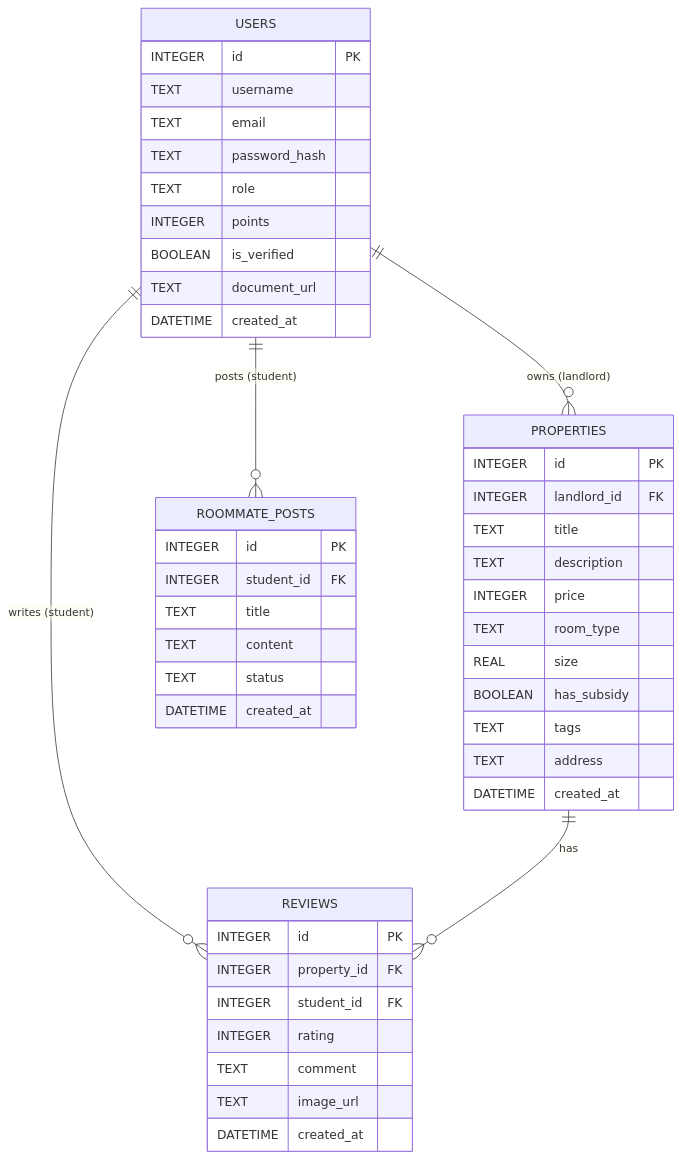
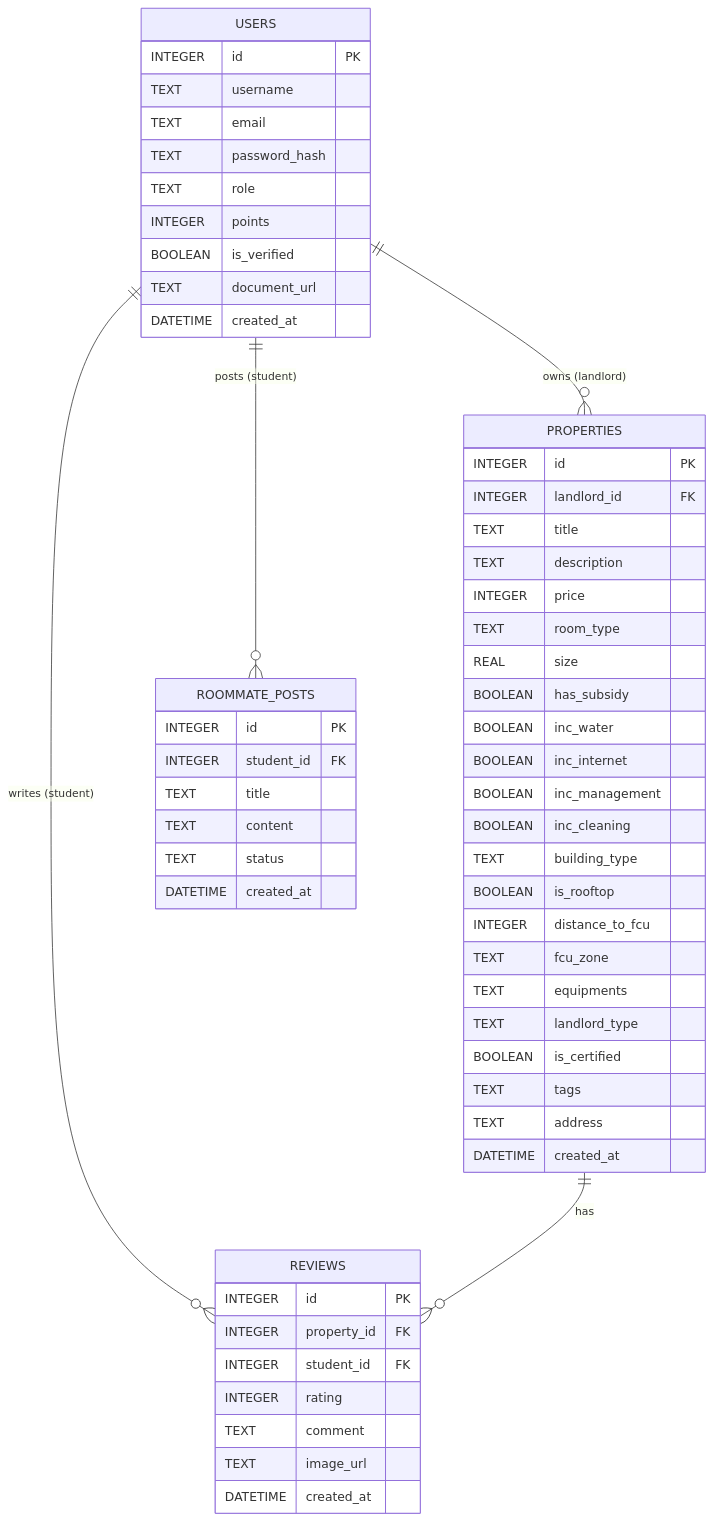
One commit to d144258960805/rent_app changed the diagram in docs/DB_DESIGN.md. Above: the diagram before and after it, drawn with Mermaid. The commit also changed other lines of this file and 5 other files, not shown here.

````diff
--- a/docs/DB_DESIGN.md
+++ b/docs/DB_DESIGN.md
@@ -5,52 +5,63 @@
 ```mermaid
 erDiagram
     USERS {
         INTEGER id PK
         TEXT username
         TEXT email
         TEXT password_hash
         TEXT role
         INTEGER points
         BOOLEAN is_verified
         TEXT document_url
         DATETIME created_at
     }
     
     PROPERTIES {
         INTEGER id PK
         INTEGER landlord_id FK
         TEXT title
         TEXT description
         INTEGER price
         TEXT room_type
         REAL size
         BOOLEAN has_subsidy
+        BOOLEAN inc_water
+        BOOLEAN inc_internet
+        BOOLEAN inc_management
+        BOOLEAN inc_cleaning
+        TEXT building_type
+        BOOLEAN is_rooftop
+        INTEGER distance_to_fcu
+        TEXT fcu_zone
+        TEXT equipments
+        TEXT landlord_type
+        BOOLEAN is_certified
         TEXT tags
         TEXT address
         DATETIME created_at
     }
     
     REVIEWS {
         INTEGER id PK
         INTEGER property_id FK
         INTEGER student_id FK
         INTEGER rating
         TEXT comment
         TEXT image_url
         DATETIME created_at
     }
     
     ROOMMATE_POSTS {
         INTEGER id PK
         INTEGER student_id FK
         TEXT title
         TEXT content
         TEXT status
         DATETIME created_at
     }
 
     USERS ||--o{ PROPERTIES : "owns (landlord)"
     USERS ||--o{ REVIEWS : "writes (student)"
     PROPERTIES ||--o{ REVIEWS : "has"
     USERS ||--o{ ROOMMATE_POSTS : "posts (student)"
 ```
````
